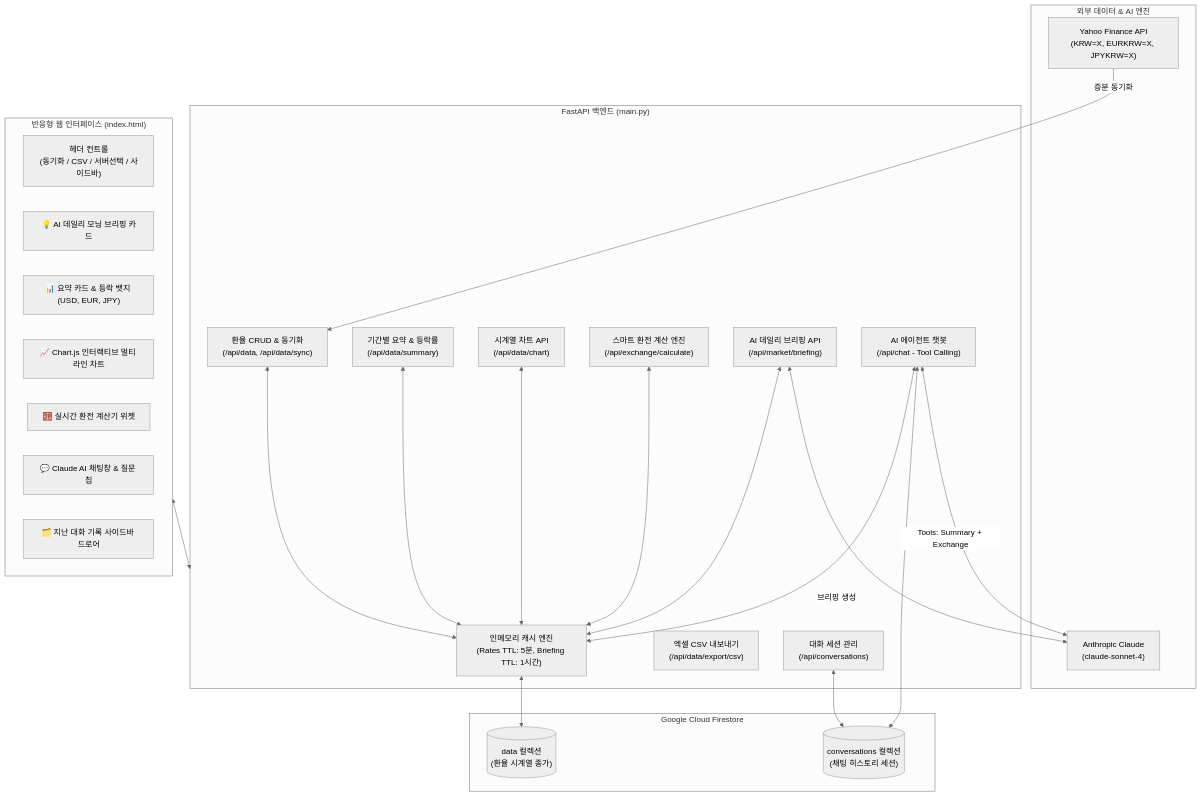
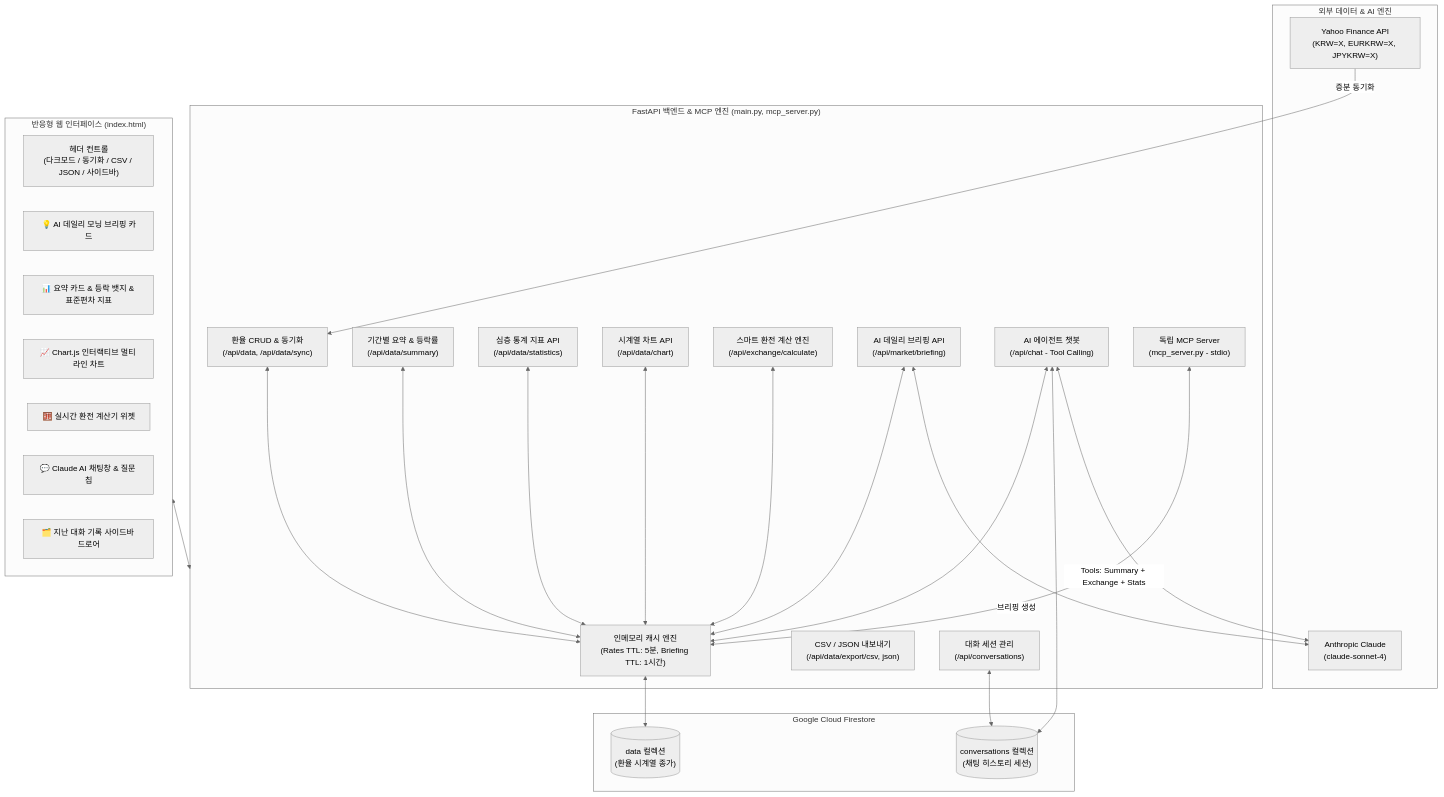
The third of 3 diagrams in README.md (mustiolla/ai_agent_fx), drawn with Mermaid (neutral theme) before and after one commit. The commit also changed other lines of this file and 3 other files, not shown here.

Commit message:
feat: 보너스 과제 완료 - 6선 다이어그램 순서 정돈, MCP 서버 연동, 심층 통계 API, 다크 모드 및 JSON 내보내기 구현

````diff
--- a/README.md
+++ b/README.md
@@ -88,51 +174,55 @@
 ```mermaid
 flowchart TD
     subgraph ExternalSources ["외부 데이터 & AI 엔진"]
         YF["Yahoo Finance API<br>(KRW=X, EURKRW=X, JPYKRW=X)"]
         CLAUDE["Anthropic Claude<br>(claude-sonnet-4)"]
     end
 
-    subgraph BackendServer ["FastAPI 백엔드 (main.py)"]
+    subgraph BackendServer ["FastAPI 백엔드 & MCP 엔진 (main.py, mcp_server.py)"]
         CACHE["인메모리 캐시 엔진<br>(Rates TTL: 5분, Briefing TTL: 1시간)"]
         
         API_DATA["환율 CRUD & 동기화<br>(/api/data, /api/data/sync)"]
         API_SUM["기간별 요약 & 등락률<br>(/api/data/summary)"]
+        API_STATS["심층 통계 지표 API<br>(/api/data/statistics)"]
         API_CHART["시계열 차트 API<br>(/api/data/chart)"]
         API_CALC["스마트 환전 계산 엔진<br>(/api/exchange/calculate)"]
         API_BRIEF["AI 데일리 브리핑 API<br>(/api/market/briefing)"]
-        API_CSV["엑셀 CSV 내보내기<br>(/api/data/export/csv)"]
+        API_EXPORT["CSV / JSON 내보내기<br>(/api/data/export/csv, json)"]
         API_CONV["대화 세션 관리<br>(/api/conversations)"]
         API_CHAT["AI 에이전트 챗봇<br>(/api/chat - Tool Calling)"]
+        MCP["독립 MCP Server<br>(mcp_server.py - stdio)"]
 
         API_DATA <--> CACHE
         API_SUM <--> CACHE
+        API_STATS <--> CACHE
         API_CHART <--> CACHE
         API_CALC <--> CACHE
         API_BRIEF <--> CACHE
         API_CHAT <--> CACHE
+        MCP <--> CACHE
     end
 
     subgraph Database ["Google Cloud Firestore"]
         DB_DATA[("data 컬렉션<br>(환율 시계열 종가)")]
         DB_CONV[("conversations 컬렉션<br>(채팅 히스토리 세션)")]
         CACHE <--> DB_DATA
         API_CONV <--> DB_CONV
         API_CHAT <--> DB_CONV
     end
 
     subgraph FrontendApp ["반응형 웹 인터페이스 (index.html)"]
-        UI_HEADER["헤더 컨트롤<br>(동기화 / CSV / 서버선택 / 사이드바)"]
+        UI_HEADER["헤더 컨트롤<br>(다크모드 / 동기화 / CSV / JSON / 사이드바)"]
         UI_BRIEF["💡 AI 데일리 모닝 브리핑 카드"]
-        UI_SUM["📊 요약 카드 & 등락 뱃지 (USD, EUR, JPY)"]
+        UI_SUM["📊 요약 카드 & 등락 뱃지 & 표준편차 지표"]
         UI_CHART["📈 Chart.js 인터랙티브 멀티 라인 차트"]
         UI_CALC["🧮 실시간 환전 계산기 위젯"]
         UI_CHAT["💬 Claude AI 채팅창 & 질문 칩"]
         UI_SIDEBAR["🗂️ 지난 대화 기록 사이드바 드로어"]
     end
 
     YF -->|증분 동기화| API_DATA
     API_BRIEF <-->|브리핑 생성| CLAUDE
-    API_CHAT <-->|Tools: Summary + Exchange| CLAUDE
+    API_CHAT <-->|Tools: Summary + Exchange + Stats| CLAUDE
 
     FrontendApp <--> BackendServer
 ```
````
